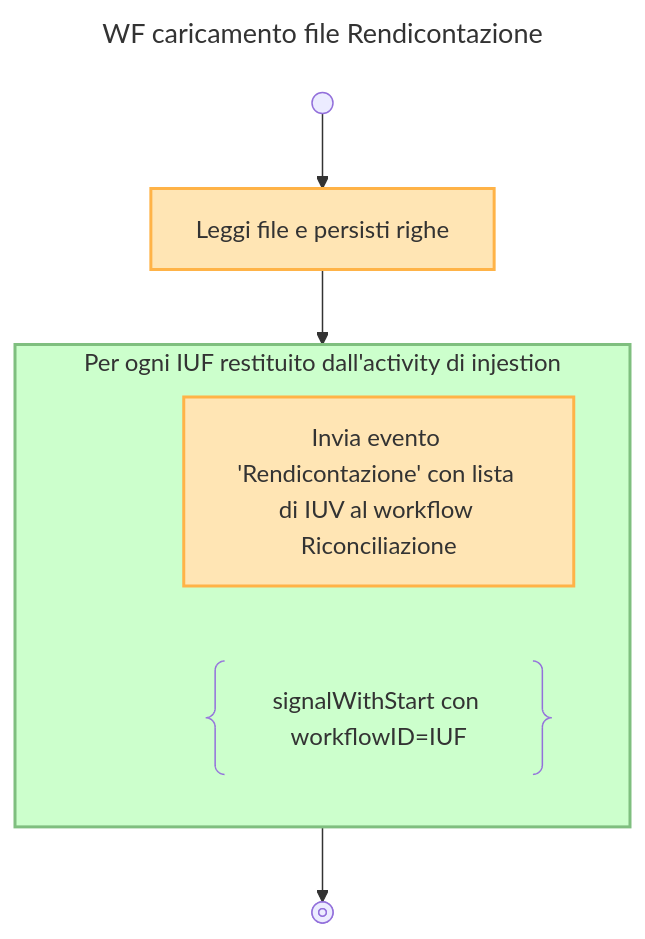
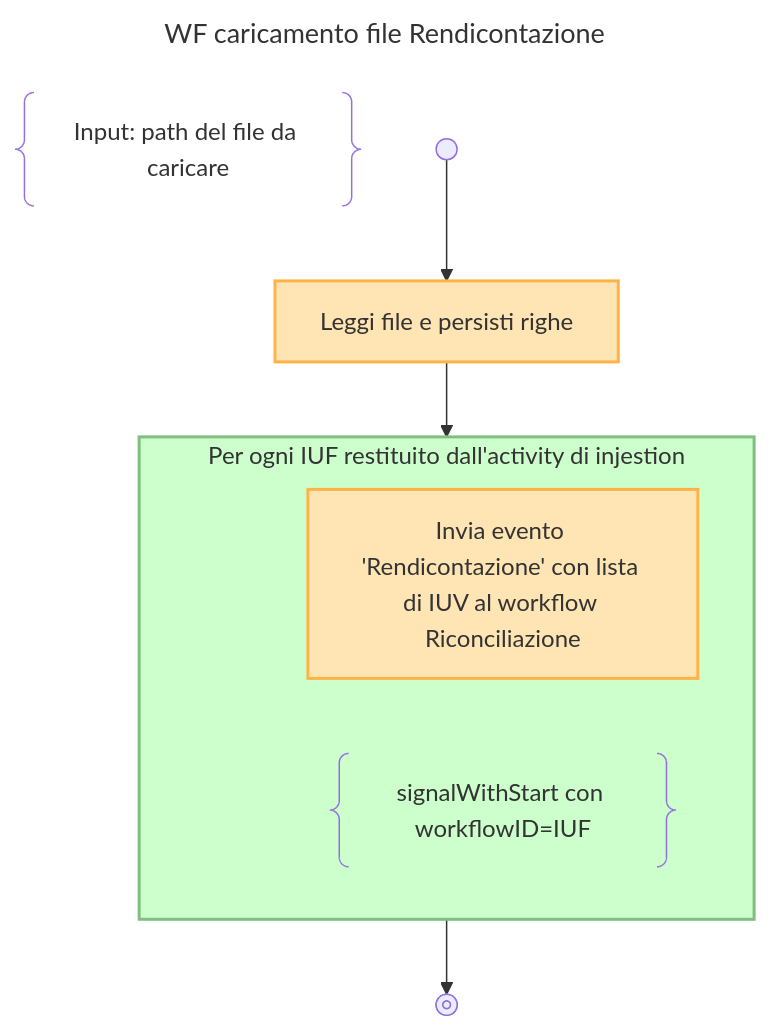
The diagram in design/workflow/riconciliazione/rendicontazione-injestion.mmd (pagopa/p4pa-doc), drawn with Mermaid before and after one commit. The commit also changed 2 other files, not shown here.

```diff
--- a/design/workflow/riconciliazione/rendicontazione-injestion.mmd
+++ b/design/workflow/riconciliazione/rendicontazione-injestion.mmd
@@ -1,24 +1,25 @@
 ---
 title: WF caricamento file Rendicontazione
 ---
 flowchart TD
+    DESCRIPTION@{ shape: braces, label: "Input: path del file da caricare" }
     START@{shape: start} --> INJESTION:::activity@{label: "Leggi file e persisti righe"}
 
     INJESTION --> LOOP
 
     subgraph LOOP["Per ogni IUF restituito dall'activity di injestion"]
 
         %% dummy block added to have an empty line
         DUMMY:::disable-->SIGNAL
         linkStyle 2 display:none;
 
         SIGNAL:::activity@{label: "Invia evento 'Rendicontazione' con lista di IUV al workflow Riconciliazione"}
         NOTE@{ shape: braces, label: "signalWithStart con workflowID=IUF" }
     end
 
     LOOP --> END@{shape: stop}
     class LOOP loop
 
     classDef disable display:none;
     classDef activity fill:#FFE5B4, stroke:#FFB347, stroke-width:2px;
     classDef loop fill:#CCFFCC, stroke:#7FBF7F, stroke-width:2px, padding-bottom: 5px;
```
